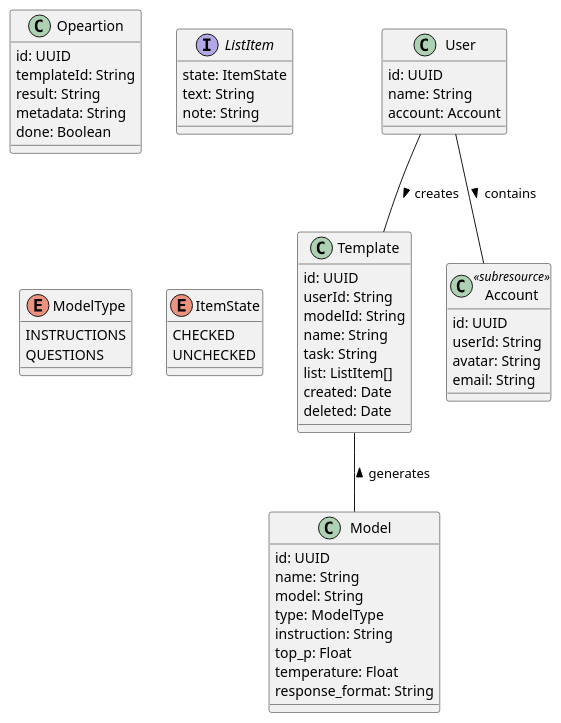
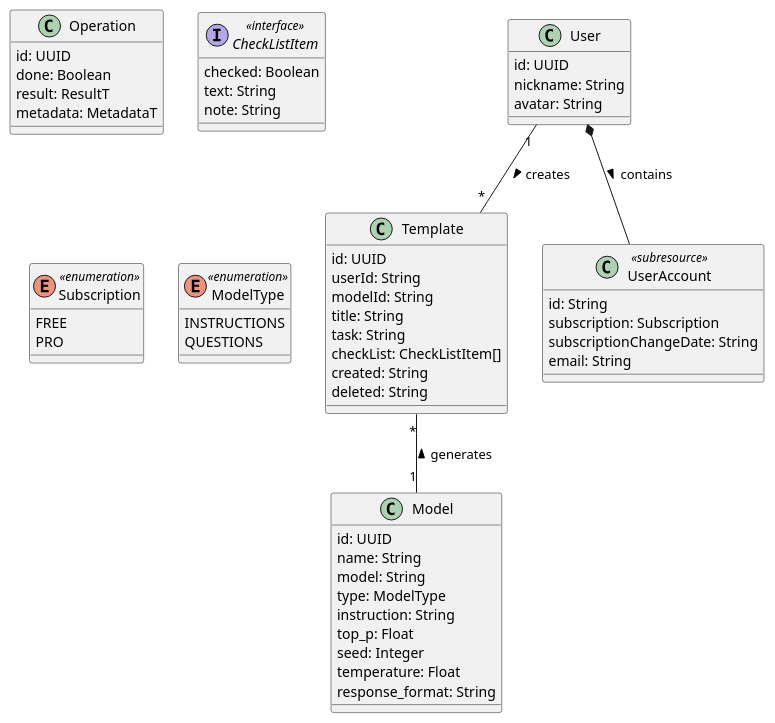
The diagram in docs/classes.wsd (schwamic/blueprints), drawn with PlantUML before and after one commit. The commit also changed 2 other files, not shown here.

```diff
--- a/docs/classes.wsd
+++ b/docs/classes.wsd
@@ -1,64 +1,65 @@
 @startuml
-User -- Template : creates >
-User -- Account : contains >
-Template -- Model : generates <
+User "1" -- "*" Template : creates >
+User *-- UserAccount : contains >
+Template "*" -- "1" Model : generates <
 
 class User {
  id: UUID
- name: String
- account: Account
+ nickname: String
+ avatar: String
 }
 
-class Account <<subresource>> {
- id: UUID
- userId: String
- avatar: String
+class UserAccount <<subresource>> {
+ id: String
+ subscription: Subscription
+ subscriptionChangeDate: String
  email: String
 }
 
 class Template {
  id: UUID
  userId: String
  modelId: String
- name: String
+ title: String
  task: String
- list: ListItem[]
- created: Date
- deleted: Date
+ checkList: CheckListItem[]
+ created: String
+ deleted: String
 }
 
 class Model {
  id: UUID
  name: String
  model: String
  type: ModelType
  instruction: String
  top_p: Float
+ seed: Integer
  temperature: Float
  response_format: String
 }
 
-class Opeartion {
+class Operation {
  id: UUID
- templateId: String
- result: String
- metadata: String
  done: Boolean
+ result: ResultT
+ metadata: MetadataT
 }
 
-interface ListItem {
- state: ItemState
+interface CheckListItem <<interface>> {
+ checked: Boolean
  text: String
  note: String
 }
 
-enum ModelType {
+enum Subscription <<enumeration>> {
+ FREE
+ PRO
+}
+
+enum ModelType <<enumeration>> {
   INSTRUCTIONS
   QUESTIONS
 }
 
-enum ItemState {
-  CHECKED
-  UNCHECKED
-}
 @enduml
```
